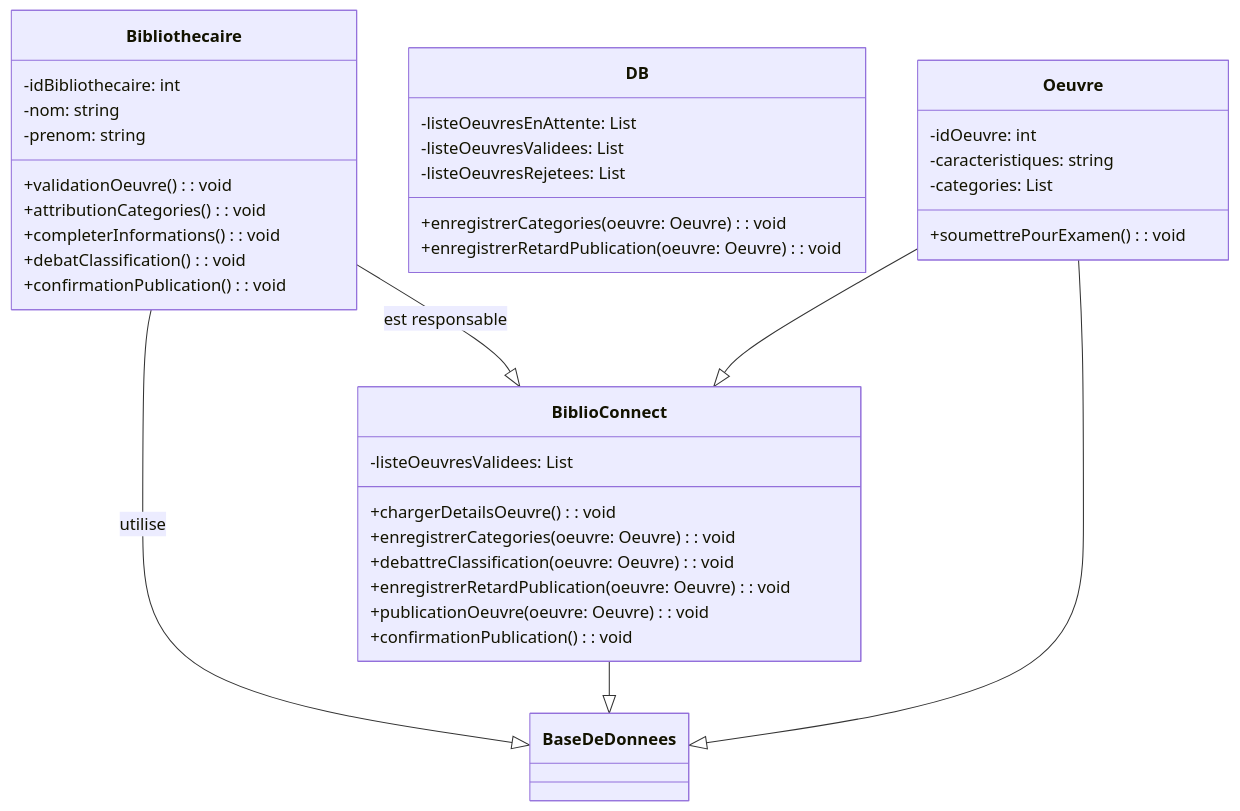
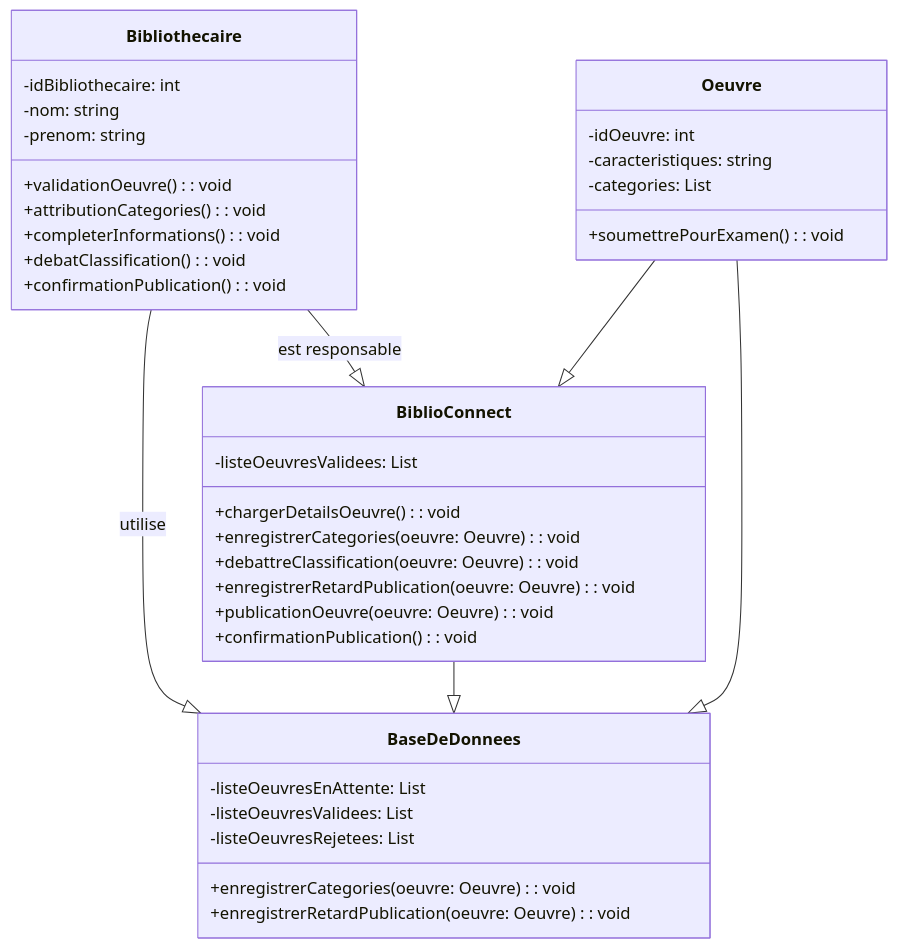
One commit to nico30so/codemasters changed the second of 2 diagrams in Scenarios/S3/S3.md. Above: the diagram before and after it, drawn with Mermaid. The commit also changed other lines of this file, not shown here.

````diff
--- a/Scenarios/S3/S3.md
+++ b/Scenarios/S3/S3.md
@@ -86,44 +58,44 @@
 ```mermaid
 classDiagram
     class Bibliothecaire {
         -idBibliothecaire: int
         -nom: string
         -prenom: string
         +validationOeuvre(): void
         +attributionCategories(): void
         +completerInformations(): void
         +debatClassification(): void
         +confirmationPublication(): void
     }
 
     class BiblioConnect {
         -listeOeuvresValidees: List<Oeuvre>
         +chargerDetailsOeuvre(): void
         +enregistrerCategories(oeuvre: Oeuvre): void
         +debattreClassification(oeuvre: Oeuvre): void
         +enregistrerRetardPublication(oeuvre: Oeuvre): void
         +publicationOeuvre(oeuvre: Oeuvre): void
         +confirmationPublication(): void
     }
 
-    class DB {
+    class BaseDeDonnees {
         -listeOeuvresEnAttente: List<Oeuvre>
         -listeOeuvresValidees: List<Oeuvre>
         -listeOeuvresRejetees: List<Oeuvre>
         +enregistrerCategories(oeuvre: Oeuvre): void
         +enregistrerRetardPublication(oeuvre: Oeuvre): void
     }
 
     class Oeuvre {
         -idOeuvre: int
         -caracteristiques: string
         -categories: List<string>
         +soumettrePourExamen(): void
     }
 
     Bibliothecaire --|> BiblioConnect: est responsable
     Bibliothecaire --|> BaseDeDonnees: utilise
     BiblioConnect --|> BaseDeDonnees
     Oeuvre --|> BiblioConnect
     Oeuvre --|> BaseDeDonnees
 ```
````
